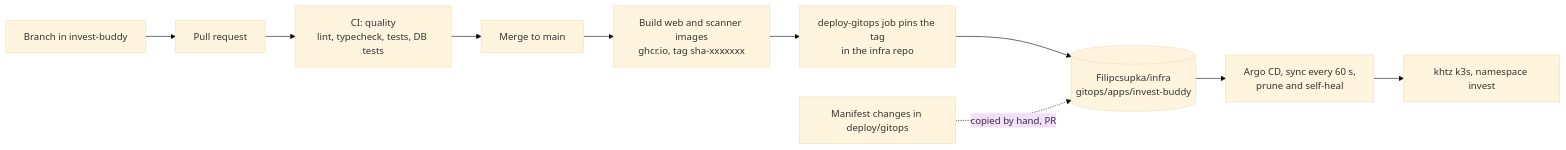
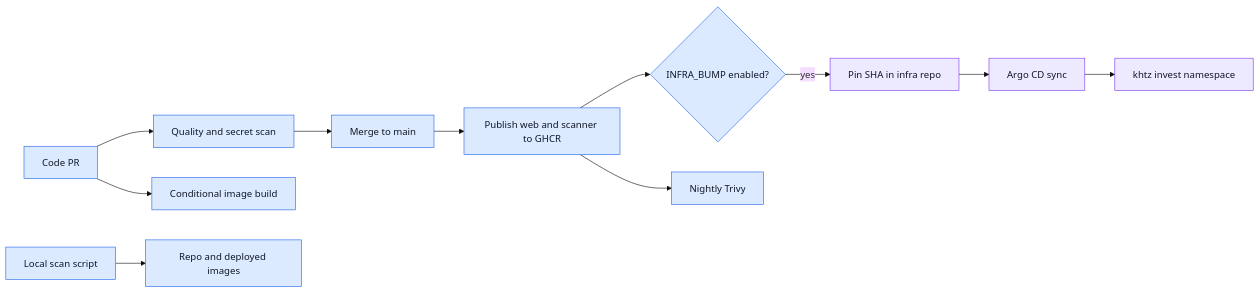
Before and after one commit to Filipcsupka/invest-buddy: the eighth of 10 diagrams in docs/architecture.md, drawn with Mermaid (base theme). The commit also changed other lines of this file and 2 other files, not shown here.

Commit message:
Document InvestBuddy architecture

````diff
--- a/docs/architecture.md
+++ b/docs/architecture.md
@@ -69,12 +210,17 @@
 ```mermaid
 flowchart LR
-  DEV[Branch in invest-buddy] --> PR[Pull request]
-  PR --> CI[CI: quality<br/>lint, typecheck, tests, DB tests]
-  CI --> MERGE[Merge to main]
-  MERGE --> BUILD[Build web and scanner images<br/>ghcr.io, tag sha-xxxxxxx]
-  BUILD --> PIN[deploy-gitops job pins the tag<br/>in the infra repo]
-  PIN --> INFRA[(Filipcsupka/infra<br/>gitops/apps/invest-buddy)]
-  INFRA --> ARGO[Argo CD, sync every 60 s,<br/>prune and self-heal]
-  ARGO --> K3S[khtz k3s, namespace invest]
-  MANIFESTS[Manifest changes in deploy/gitops] -. copied by hand, PR .-> INFRA
+  pr[Code PR] --> quality[Quality and secret scan]
+  pr --> imageCheck[Conditional image build]
+  quality --> main[Merge to main]
+  main --> publish[Publish web and scanner to GHCR]
+  publish --> pin{INFRA_BUMP enabled?}
+  pin -->|yes| infra[Pin SHA in infra repo]
+  infra --> argo[Argo CD sync]
+  argo --> khtz[khtz invest namespace]
+  publish --> nightly[Nightly Trivy]
+  local[Local scan script] --> deployed[Repo and deployed images]
+  classDef app fill:#dbeafe,stroke:#2563eb,color:#111827
+  classDef ext fill:#ede9fe,stroke:#7c3aed,color:#111827
+  class pr,quality,imageCheck,main,publish,pin,nightly,local,deployed app
+  class infra,argo,khtz ext
 ```
````
